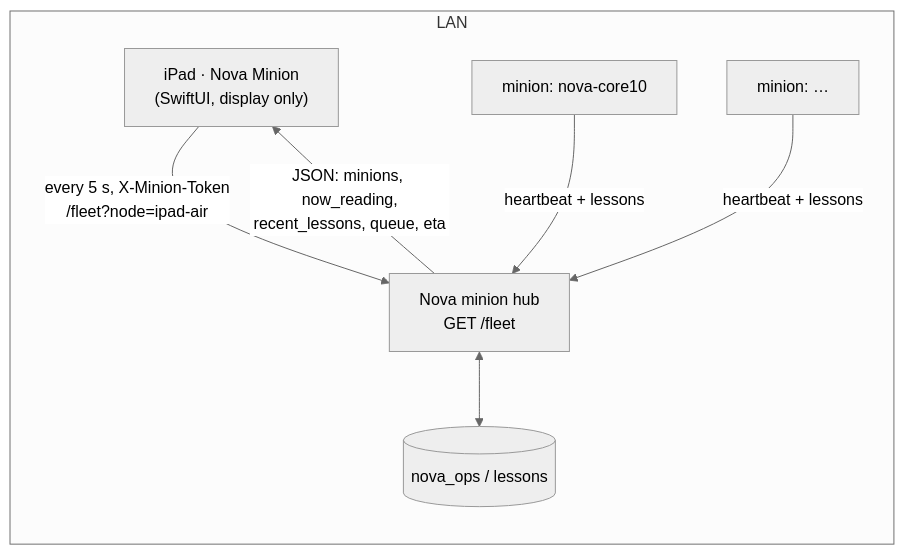
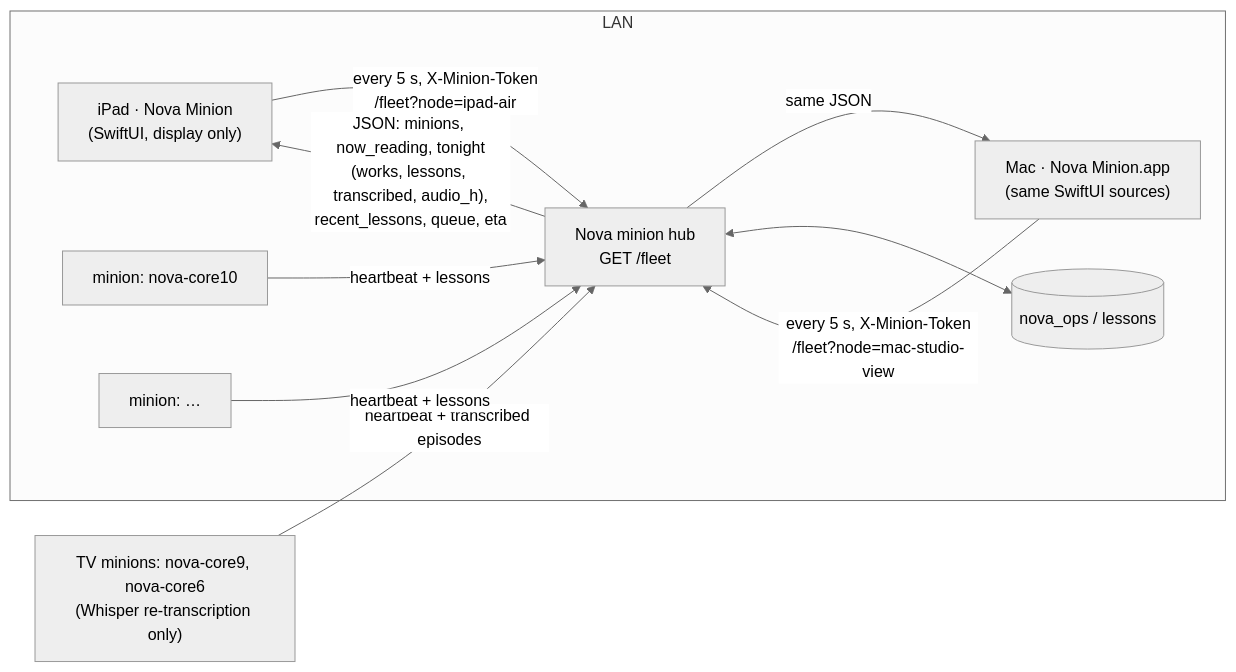
One commit to kochj23/nova changed the diagram in apps/NovaMinionPad/README.md. Above: the diagram before and after it, drawn with Mermaid (neutral theme). The commit also changed other lines of this file and 21 other files, not shown here.

First line of the commit message:
feat(NovaMinionPad): transcription on cards/status line + native macOS target

````diff
--- a/apps/NovaMinionPad/README.md
+++ b/apps/NovaMinionPad/README.md
@@ -11,15 +13,20 @@
 ```mermaid
 flowchart LR
     subgraph LAN
         iPad["iPad · Nova Minion<br/>(SwiftUI, display only)"]
+        Mac["Mac · Nova Minion.app<br/>(same SwiftUI sources)"]
         Hub["Nova minion hub<br/>GET /fleet"]
         M1["minion: nova-core10"]
         M2["minion: …"]
         PG[("nova_ops / lessons")]
     end
     iPad -- "every 5 s, X-Minion-Token<br/>/fleet?node=ipad-air" --> Hub
-    Hub -- "JSON: minions, now_reading,<br/>recent_lessons, queue, eta" --> iPad
+    Mac -- "every 5 s, X-Minion-Token<br/>/fleet?node=mac-studio-view" --> Hub
+    Hub -- "JSON: minions, now_reading, tonight<br/>(works, lessons, transcribed, audio_h),<br/>recent_lessons, queue, eta" --> iPad
+    Hub -- same JSON --> Mac
+    M3["TV minions: nova-core9, nova-core6<br/>(Whisper re-transcription only)"]
+    M3 -- "heartbeat + transcribed episodes" --> Hub
     M1 -- heartbeat + lessons --> Hub
     M2 -- heartbeat + lessons --> Hub
     Hub <--> PG
 ```
````
